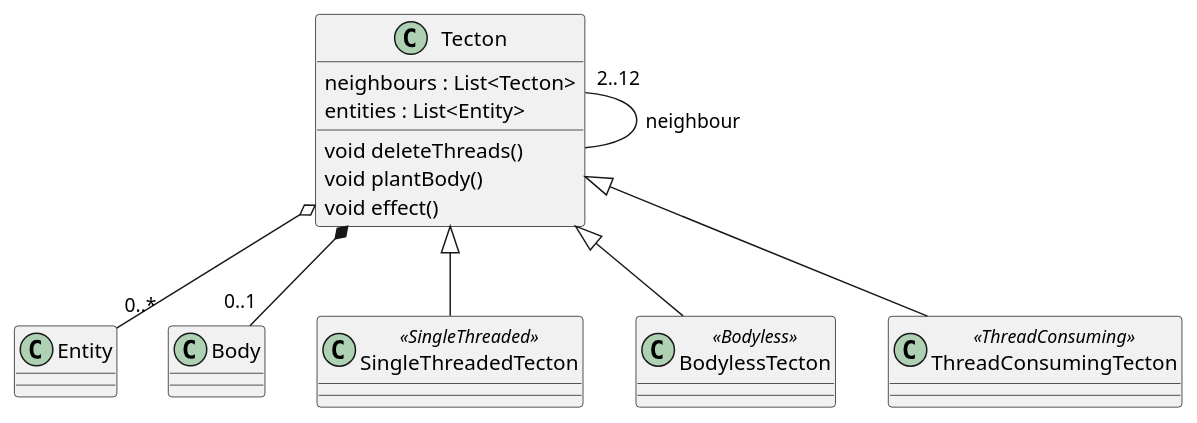
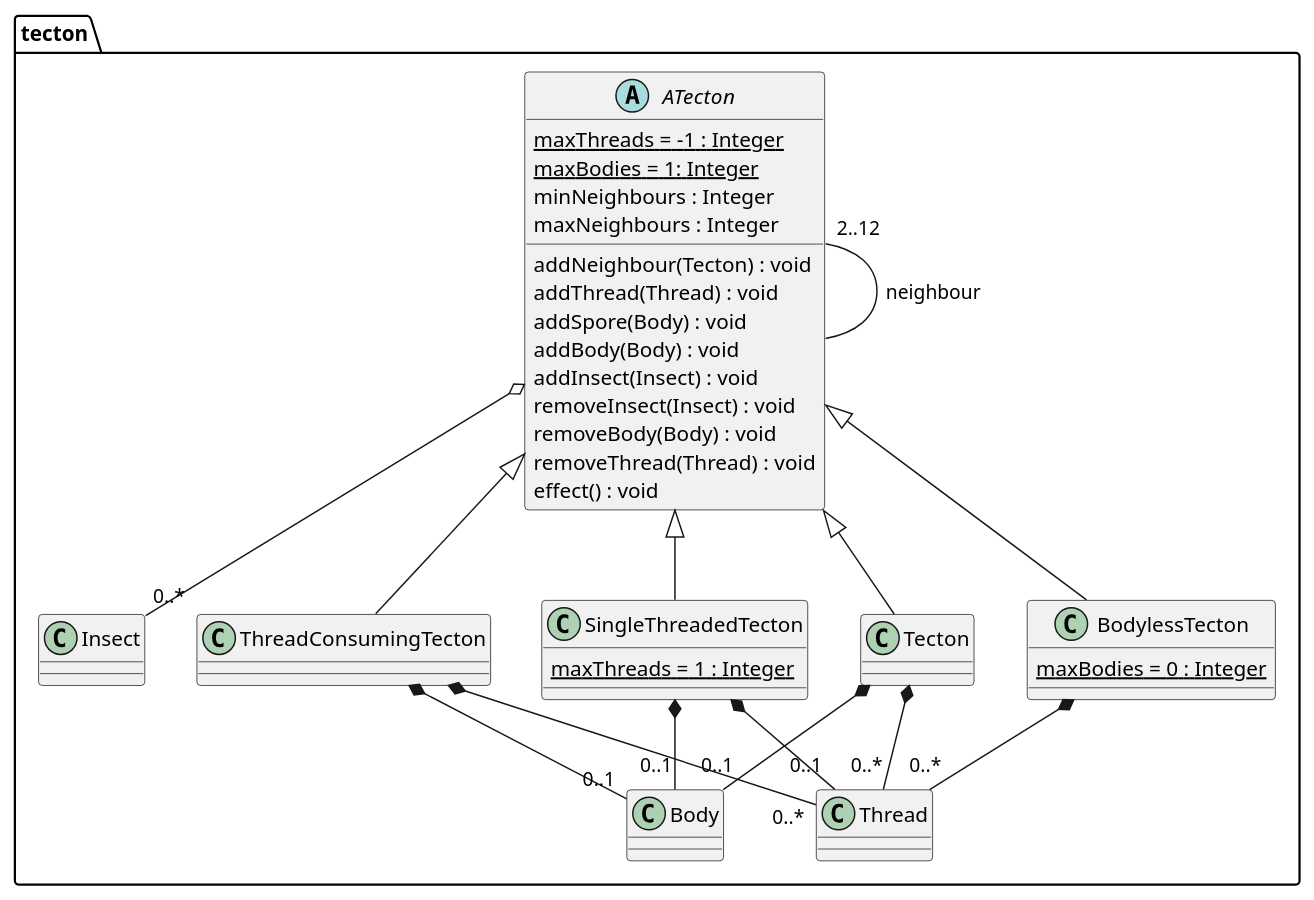
The diagram in 3/classes/tecton.puml (Petya-G/fungorium), drawn with PlantUML before and after one commit. The commit also changed 1 other file, not shown here.

Commit message:
removed tecton private members

```diff
--- a/3/classes/tecton.puml
+++ b/3/classes/tecton.puml
@@ -1,27 +1,48 @@
 @startuml
+package tecton{
 
-Tecton "2..12" -- Tecton : neighbour
-Tecton o-- "0..*" Entity
-Tecton *-- "0..1" Body
-class Tecton {
-  neighbours : List<Tecton>
-  entities : List<Entity>
-  void deleteThreads()
-  void plantBody()
-  void effect()
-}
+  ATecton "2..12" -- ATecton : neighbour
+  ATecton o-- "0..*" Insect
+  abstract class ATecton {
+    {static} maxThreads = -1 : Integer
+    {static} maxBodies = 1: Integer
+    minNeighbours : Integer
+    maxNeighbours : Integer
+    addNeighbour(Tecton) : void
+    addThread(Thread) : void
+    addSpore(Body) : void
+    addBody(Body) : void
+    addInsect(Insect) : void
+    removeInsect(Insect) : void
+    removeBody(Body) : void
+    removeThread(Thread) : void
+    effect() : void
+  }
 
-Tecton <|-- SingleThreadedTecton
-class SingleThreadedTecton <<SingleThreaded>> {
-}
+  Tecton *-- "0..1" Body
+  Tecton *-- "0..*" Thread
+  ATecton <|-- Tecton
+  class Tecton {
+  }
 
-Tecton <|-- BodylessTecton
-class BodylessTecton <<Bodyless>>{
+  SingleThreadedTecton *-- "0..1" Body
+  SingleThreadedTecton *-- "0..1" Thread
+  ATecton <|-- SingleThreadedTecton
+  class SingleThreadedTecton {
+    {static} maxThreads = 1 : Integer
+  }
 
-}
 
-Tecton <|-- ThreadConsumingTecton
-class ThreadConsumingTecton <<ThreadConsuming>>{
+  BodylessTecton *-- "0..*" Thread
+  ATecton <|-- BodylessTecton
+  class BodylessTecton {
+    {static} maxBodies = 0 : Integer
+  }
 
+  ThreadConsumingTecton *-- "0..1" Body
+  ThreadConsumingTecton *-- "0..*" Thread
+  ATecton <|-- ThreadConsumingTecton
+  class ThreadConsumingTecton {
+  }
 }
 @enduml
```
